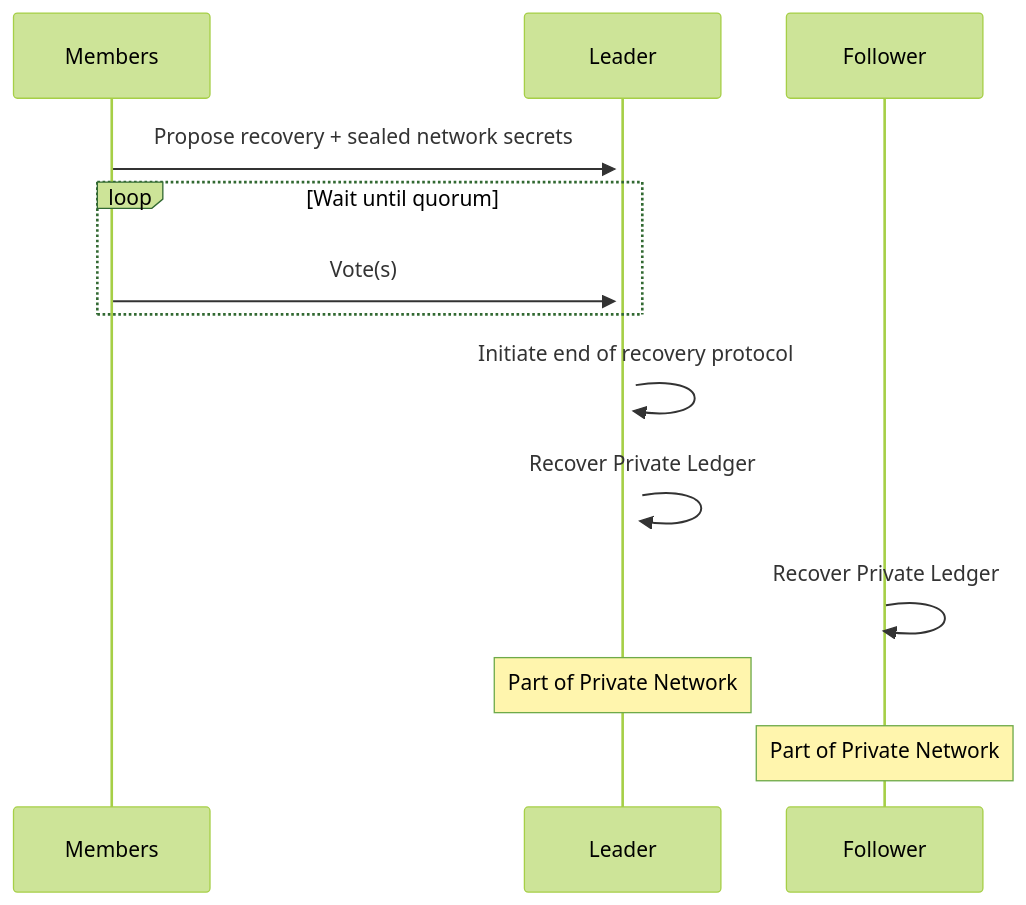
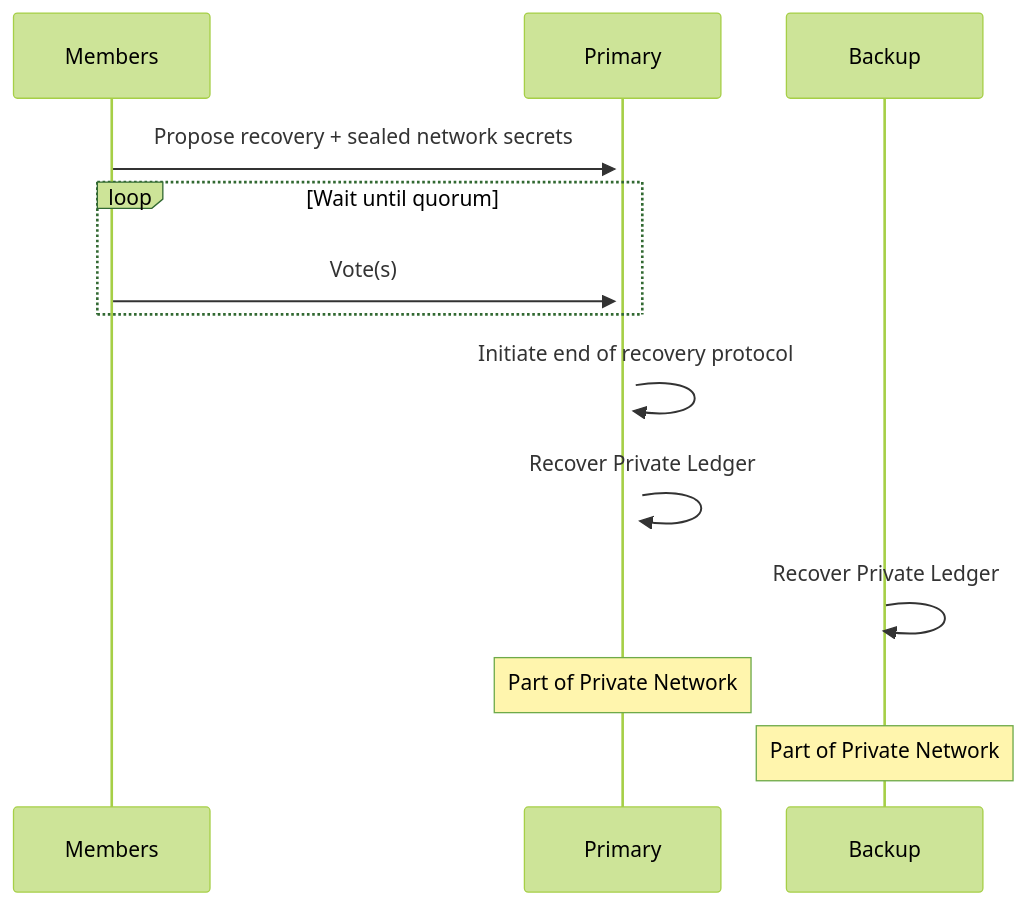
Before and after one commit to microsoft/CCF: the second of 2 diagrams in sphinx/source/recovery.rst, drawn with Mermaid (forest theme). The commit also changed other lines of this file and 19 other files, not shown here.

```diff
--- a/sphinx/source/recovery.rst
+++ b/sphinx/source/recovery.rst
@@ -79,19 +79,19 @@
 .. mermaid::
 
     sequenceDiagram
         participant Members
-        participant Leader
-        participant Follower
+        participant Primary
+        participant Backup
 
-        Members->>+Leader: Propose recovery + sealed network secrets
+        Members->>+Primary: Propose recovery + sealed network secrets
         loop Wait until quorum
-            Members->>+Leader: Vote(s)
+            Members->>+Primary: Vote(s)
         end
 
-        Leader->>+Leader: Initiate end of recovery protocol
+        Primary->>+Primary: Initiate end of recovery protocol
 
-        Leader->>+Leader: Recover Private Ledger
-        Follower->>+Follower: Recover Private Ledger
+        Primary->>+Primary: Recover Private Ledger
+        Backup->>+Backup: Recover Private Ledger
 
-        Note over Leader: Part of Private Network
-        Note over Follower: Part of Private Network
+        Note over Primary: Part of Private Network
+        Note over Backup: Part of Private Network
```
